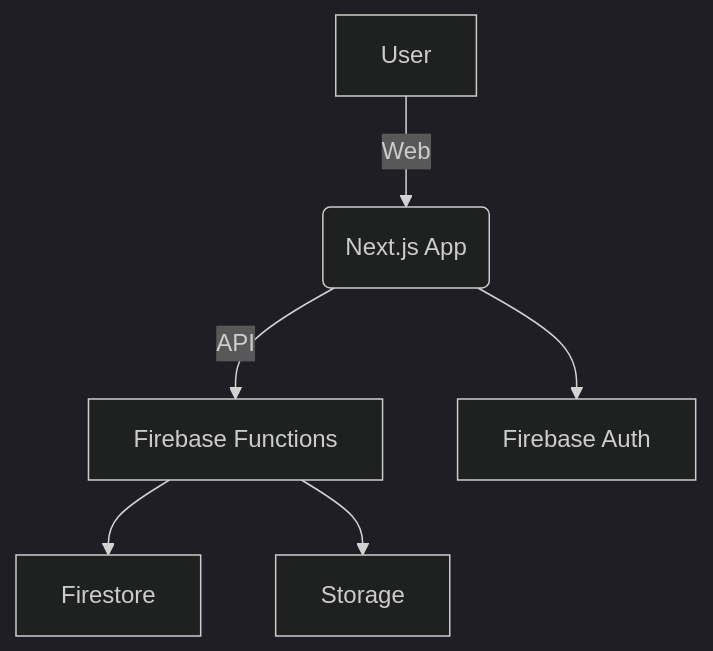
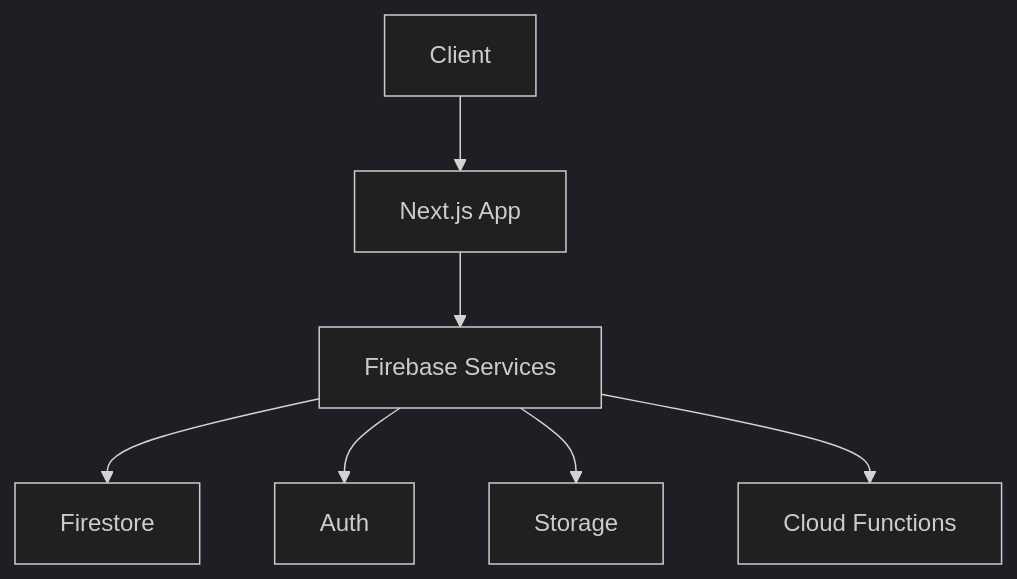
Before and after one commit to octxxiii/Anti-ADHD-WebApp-: the first of 2 diagrams in README.md, drawn with Mermaid (dark theme). The commit also changed other lines of this file and 12 other files, not shown here.

````diff
--- a/README.md
+++ b/README.md
@@ -29,8 +113,9 @@
 ```mermaid
-flowchart TD
-  A[User] -->|Web| B(Next.js App)
-  B -->|API| C[Firebase Functions]
-  C --> D[Firestore]
-  C --> E[Storage]
-  B --> F[Firebase Auth]
+graph TD
+    A[Client] --> B[Next.js App]
+    B --> C[Firebase Services]
+    C --> D[Firestore]
+    C --> E[Auth]
+    C --> F[Storage]
+    C --> G[Cloud Functions]
 ```
````
